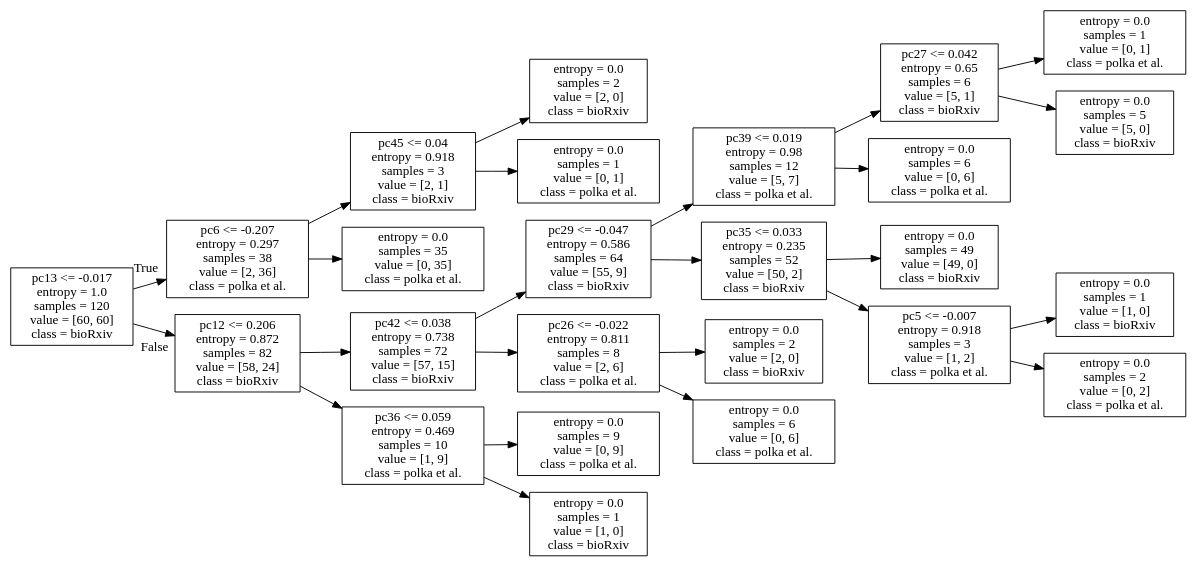
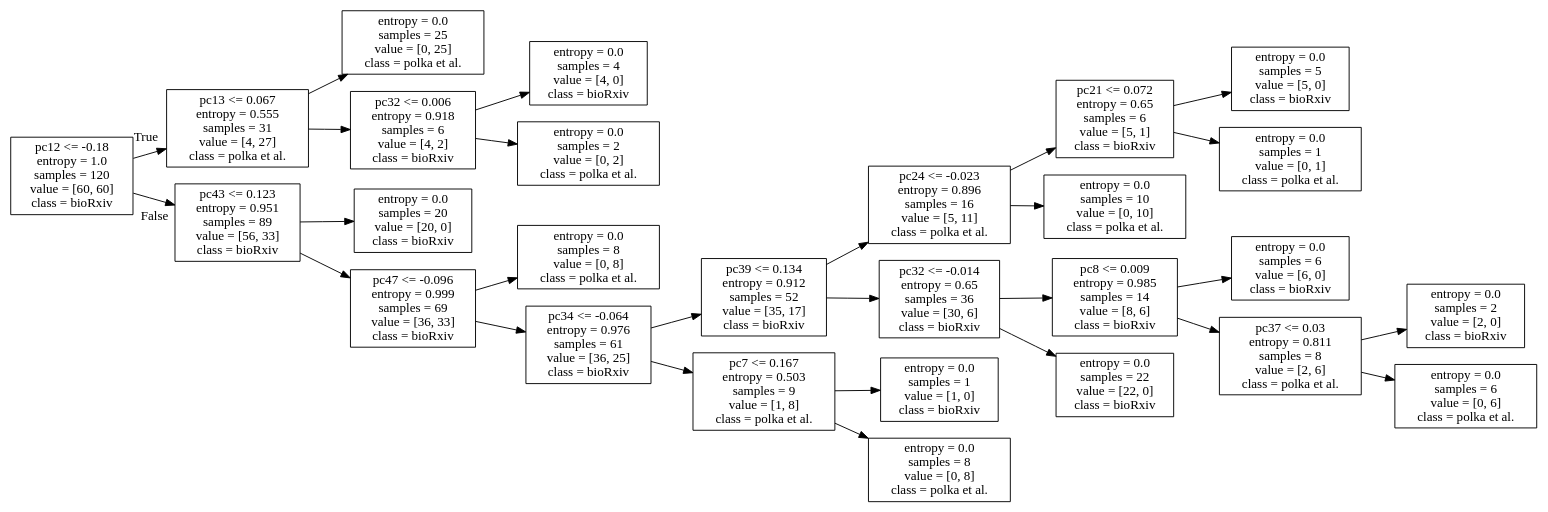
Before and after one commit to greenelab/annorxiver: the diagram in biorxiv/polka_subset_experiment/output/figures/pca_tree.dot, drawn with Graphviz. The commit also changed 30 other files, not shown here.

```diff
--- a/biorxiv/polka_subset_experiment/output/figures/pca_tree.dot
+++ b/biorxiv/polka_subset_experiment/output/figures/pca_tree.dot
@@ -1,53 +1,57 @@
 digraph Tree {
 node [shape=box] ;
 rankdir=LR ;
-0 [label="pc13 <= -0.017\nentropy = 1.0\nsamples = 120\nvalue = [60, 60]\nclass = bioRxiv"] ;
-1 [label="pc6 <= -0.207\nentropy = 0.297\nsamples = 38\nvalue = [2, 36]\nclass = polka et al."] ;
+0 [label="pc12 <= -0.18\nentropy = 1.0\nsamples = 120\nvalue = [60, 60]\nclass = bioRxiv"] ;
+1 [label="pc13 <= 0.067\nentropy = 0.555\nsamples = 31\nvalue = [4, 27]\nclass = polka et al."] ;
 0 -> 1 [labeldistance=2.5, labelangle=-45, headlabel="True"] ;
-2 [label="pc45 <= 0.04\nentropy = 0.918\nsamples = 3\nvalue = [2, 1]\nclass = bioRxiv"] ;
+2 [label="entropy = 0.0\nsamples = 25\nvalue = [0, 25]\nclass = polka et al."] ;
 1 -> 2 ;
-3 [label="entropy = 0.0\nsamples = 2\nvalue = [2, 0]\nclass = bioRxiv"] ;
-2 -> 3 ;
-4 [label="entropy = 0.0\nsamples = 1\nvalue = [0, 1]\nclass = polka et al."] ;
-2 -> 4 ;
-5 [label="entropy = 0.0\nsamples = 35\nvalue = [0, 35]\nclass = polka et al."] ;
-1 -> 5 ;
-6 [label="pc12 <= 0.206\nentropy = 0.872\nsamples = 82\nvalue = [58, 24]\nclass = bioRxiv"] ;
+3 [label="pc32 <= 0.006\nentropy = 0.918\nsamples = 6\nvalue = [4, 2]\nclass = bioRxiv"] ;
+1 -> 3 ;
+4 [label="entropy = 0.0\nsamples = 4\nvalue = [4, 0]\nclass = bioRxiv"] ;
+3 -> 4 ;
+5 [label="entropy = 0.0\nsamples = 2\nvalue = [0, 2]\nclass = polka et al."] ;
+3 -> 5 ;
+6 [label="pc43 <= 0.123\nentropy = 0.951\nsamples = 89\nvalue = [56, 33]\nclass = bioRxiv"] ;
 0 -> 6 [labeldistance=2.5, labelangle=45, headlabel="False"] ;
-7 [label="pc42 <= 0.038\nentropy = 0.738\nsamples = 72\nvalue = [57, 15]\nclass = bioRxiv"] ;
+7 [label="entropy = 0.0\nsamples = 20\nvalue = [20, 0]\nclass = bioRxiv"] ;
 6 -> 7 ;
-8 [label="pc29 <= -0.047\nentropy = 0.586\nsamples = 64\nvalue = [55, 9]\nclass = bioRxiv"] ;
-7 -> 8 ;
-9 [label="pc39 <= 0.019\nentropy = 0.98\nsamples = 12\nvalue = [5, 7]\nclass = polka et al."] ;
+8 [label="pc47 <= -0.096\nentropy = 0.999\nsamples = 69\nvalue = [36, 33]\nclass = bioRxiv"] ;
+6 -> 8 ;
+9 [label="entropy = 0.0\nsamples = 8\nvalue = [0, 8]\nclass = polka et al."] ;
 8 -> 9 ;
-10 [label="pc27 <= 0.042\nentropy = 0.65\nsamples = 6\nvalue = [5, 1]\nclass = bioRxiv"] ;
-9 -> 10 ;
-11 [label="entropy = 0.0\nsamples = 1\nvalue = [0, 1]\nclass = polka et al."] ;
+10 [label="pc34 <= -0.064\nentropy = 0.976\nsamples = 61\nvalue = [36, 25]\nclass = bioRxiv"] ;
+8 -> 10 ;
+11 [label="pc39 <= 0.134\nentropy = 0.912\nsamples = 52\nvalue = [35, 17]\nclass = bioRxiv"] ;
 10 -> 11 ;
-12 [label="entropy = 0.0\nsamples = 5\nvalue = [5, 0]\nclass = bioRxiv"] ;
-10 -> 12 ;
-13 [label="entropy = 0.0\nsamples = 6\nvalue = [0, 6]\nclass = polka et al."] ;
-9 -> 13 ;
-14 [label="pc35 <= 0.033\nentropy = 0.235\nsamples = 52\nvalue = [50, 2]\nclass = bioRxiv"] ;
-8 -> 14 ;
-15 [label="entropy = 0.0\nsamples = 49\nvalue = [49, 0]\nclass = bioRxiv"] ;
-14 -> 15 ;
-16 [label="pc5 <= -0.007\nentropy = 0.918\nsamples = 3\nvalue = [1, 2]\nclass = polka et al."] ;
-14 -> 16 ;
-17 [label="entropy = 0.0\nsamples = 1\nvalue = [1, 0]\nclass = bioRxiv"] ;
-16 -> 17 ;
-18 [label="entropy = 0.0\nsamples = 2\nvalue = [0, 2]\nclass = polka et al."] ;
-16 -> 18 ;
-19 [label="pc26 <= -0.022\nentropy = 0.811\nsamples = 8\nvalue = [2, 6]\nclass = polka et al."] ;
-7 -> 19 ;
-20 [label="entropy = 0.0\nsamples = 2\nvalue = [2, 0]\nclass = bioRxiv"] ;
-19 -> 20 ;
-21 [label="entropy = 0.0\nsamples = 6\nvalue = [0, 6]\nclass = polka et al."] ;
-19 -> 21 ;
-22 [label="pc36 <= 0.059\nentropy = 0.469\nsamples = 10\nvalue = [1, 9]\nclass = polka et al."] ;
-6 -> 22 ;
-23 [label="entropy = 0.0\nsamples = 9\nvalue = [0, 9]\nclass = polka et al."] ;
-22 -> 23 ;
-24 [label="entropy = 0.0\nsamples = 1\nvalue = [1, 0]\nclass = bioRxiv"] ;
-22 -> 24 ;
+12 [label="pc24 <= -0.023\nentropy = 0.896\nsamples = 16\nvalue = [5, 11]\nclass = polka et al."] ;
+11 -> 12 ;
+13 [label="pc21 <= 0.072\nentropy = 0.65\nsamples = 6\nvalue = [5, 1]\nclass = bioRxiv"] ;
+12 -> 13 ;
+14 [label="entropy = 0.0\nsamples = 5\nvalue = [5, 0]\nclass = bioRxiv"] ;
+13 -> 14 ;
+15 [label="entropy = 0.0\nsamples = 1\nvalue = [0, 1]\nclass = polka et al."] ;
+13 -> 15 ;
+16 [label="entropy = 0.0\nsamples = 10\nvalue = [0, 10]\nclass = polka et al."] ;
+12 -> 16 ;
+17 [label="pc32 <= -0.014\nentropy = 0.65\nsamples = 36\nvalue = [30, 6]\nclass = bioRxiv"] ;
+11 -> 17 ;
+18 [label="pc8 <= 0.009\nentropy = 0.985\nsamples = 14\nvalue = [8, 6]\nclass = bioRxiv"] ;
+17 -> 18 ;
+19 [label="entropy = 0.0\nsamples = 6\nvalue = [6, 0]\nclass = bioRxiv"] ;
+18 -> 19 ;
+20 [label="pc37 <= 0.03\nentropy = 0.811\nsamples = 8\nvalue = [2, 6]\nclass = polka et al."] ;
+18 -> 20 ;
+21 [label="entropy = 0.0\nsamples = 2\nvalue = [2, 0]\nclass = bioRxiv"] ;
+20 -> 21 ;
+22 [label="entropy = 0.0\nsamples = 6\nvalue = [0, 6]\nclass = polka et al."] ;
+20 -> 22 ;
+23 [label="entropy = 0.0\nsamples = 22\nvalue = [22, 0]\nclass = bioRxiv"] ;
+17 -> 23 ;
+24 [label="pc7 <= 0.167\nentropy = 0.503\nsamples = 9\nvalue = [1, 8]\nclass = polka et al."] ;
+10 -> 24 ;
+25 [label="entropy = 0.0\nsamples = 1\nvalue = [1, 0]\nclass = bioRxiv"] ;
+24 -> 25 ;
+26 [label="entropy = 0.0\nsamples = 8\nvalue = [0, 8]\nclass = polka et al."] ;
+24 -> 26 ;
 }
```
